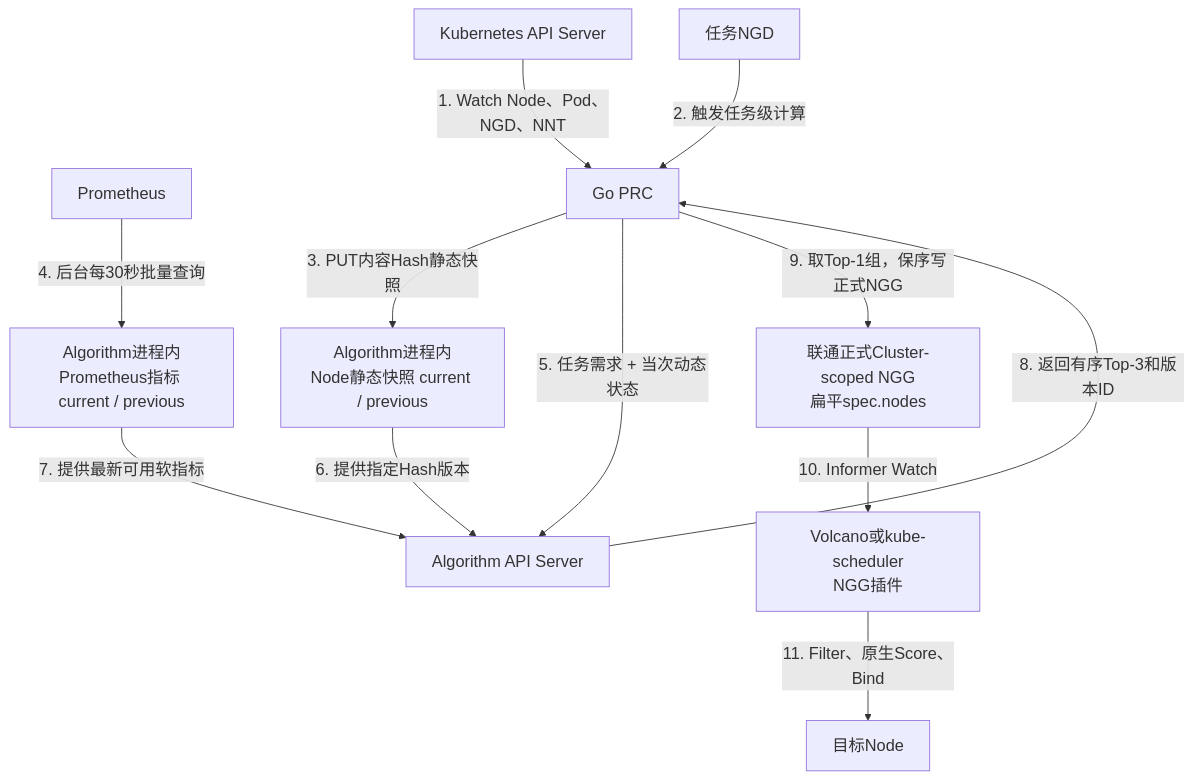
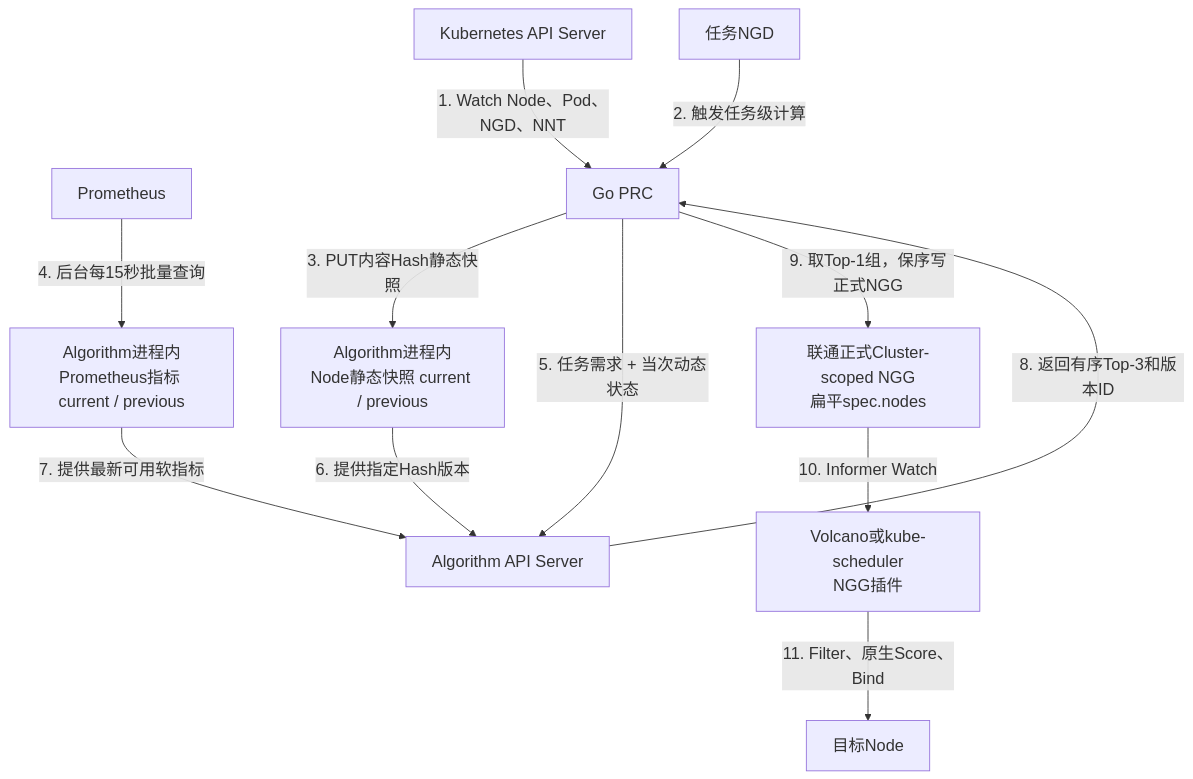
Before and after one commit to ghwdsl-38/ngd-ngg-scheduling: the diagram in docs/Kubernetes-Volcano两层调度中Prometheus指标读取与缓存优化设计说明v2.0.md, drawn with Mermaid. The commit also changed other lines of this file and 136 other files, not shown here.

````diff
--- a/docs/Kubernetes-Volcano两层调度中Prometheus指标读取与缓存优化设计说明v2.0.md
+++ b/docs/Kubernetes-Volcano两层调度中Prometheus指标读取与缓存优化设计说明v2.0.md
@@ -20,26 +20,26 @@
 ```mermaid
 %%{init: {"themeVariables": {"fontSize": "19px"}, "flowchart": {"nodeSpacing": 55, "rankSpacing": 70}}}%%
 flowchart TB
     KAPI[Kubernetes API Server]
     PROM[Prometheus]
     NGD[任务NGD]
     PRC[Go PRC]
     STATIC[Algorithm进程内<br/>Node静态快照 current / previous]
     METRIC[Algorithm进程内<br/>Prometheus指标 current / previous]
     ALG[Algorithm API Server]
     NGG[联通正式Cluster-scoped NGG<br/>扁平spec.nodes]
     SCHED[Volcano或kube-scheduler<br/>NGG插件]
     NODE[目标Node]
 
     KAPI -->|1. Watch Node、Pod、NGD、NNT| PRC
     NGD -->|2. 触发任务级计算| PRC
     PRC -->|3. PUT内容Hash静态快照| STATIC
-    PROM -->|4. 后台每30秒批量查询| METRIC
+    PROM -->|4. 后台每15秒批量查询| METRIC
     PRC -->|5. 任务需求 + 当次动态状态| ALG
     STATIC -->|6. 提供指定Hash版本| ALG
     METRIC -->|7. 提供最新可用软指标| ALG
     ALG -->|8. 返回有序Top-3和版本ID| PRC
     PRC -->|9. 取Top-1组，保序写正式NGG| NGG
     NGG -->|10. Informer Watch| SCHED
     SCHED -->|11. Filter、原生Score、Bind| NODE
 ```
````
